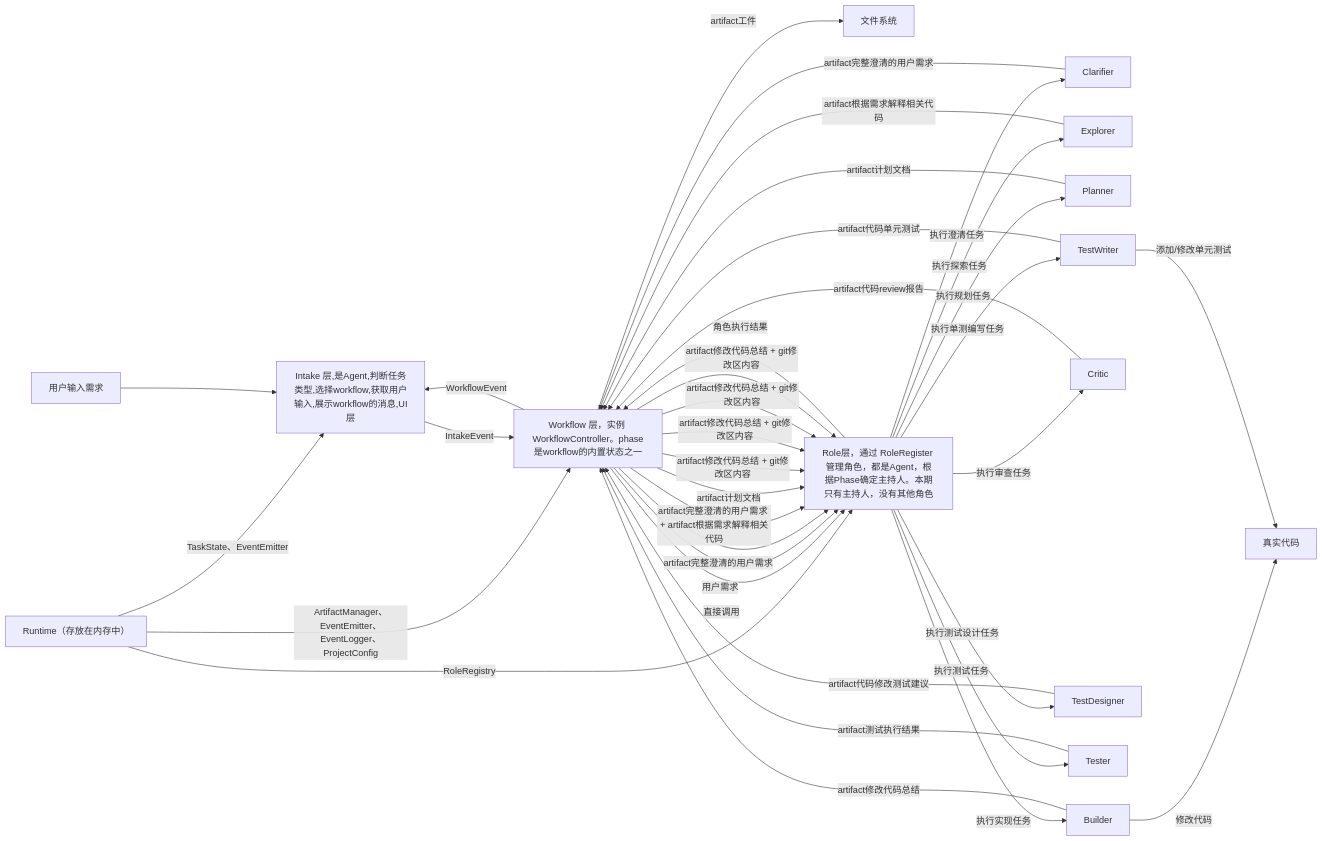
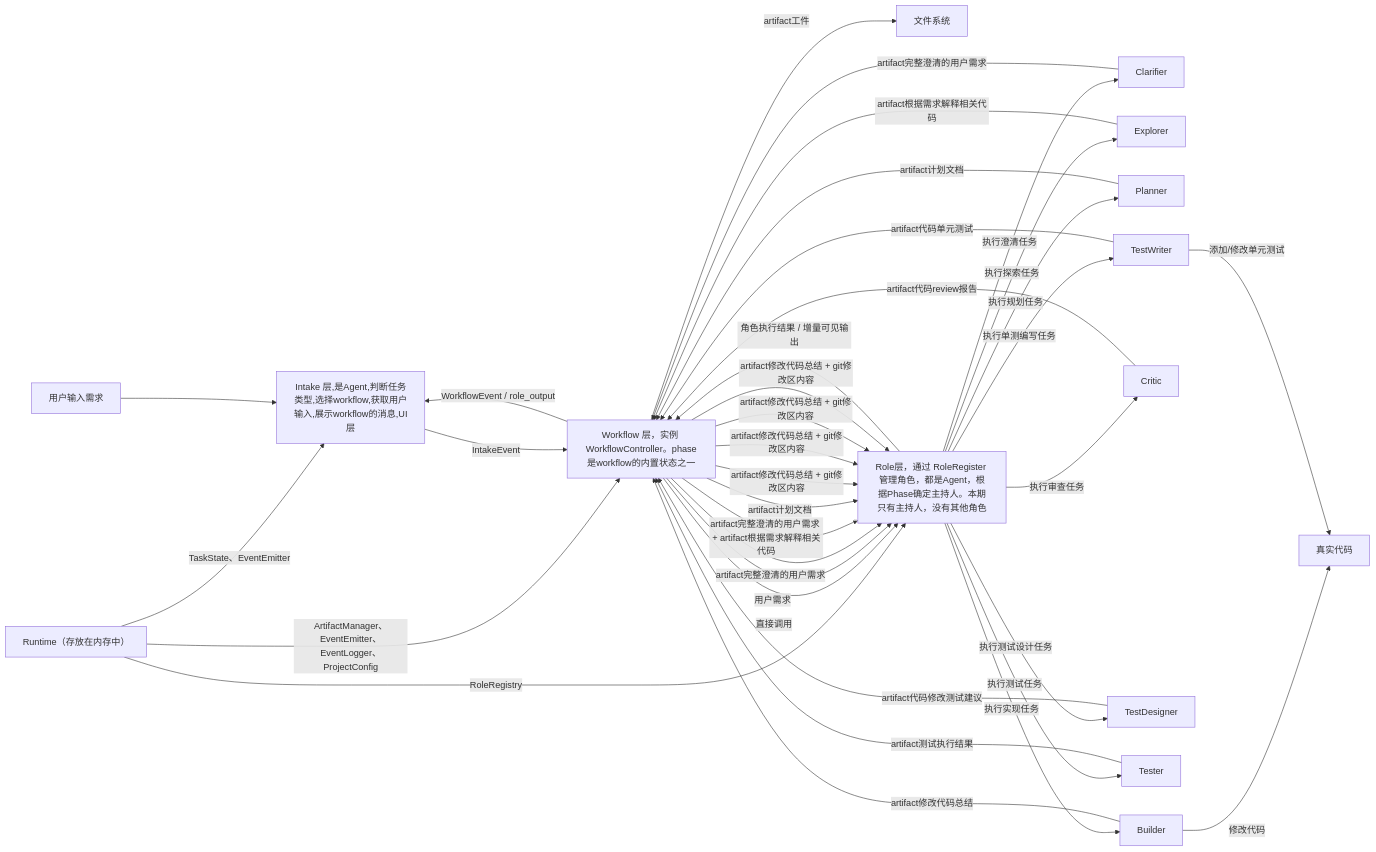
One commit to AryzingKhaos/AegisFlow changed the first of 2 diagrams in roleflow/context/project.md. Above: the diagram before and after it, drawn with Mermaid. The commit also changed other lines of this file and 4 other files, not shown here.

````diff
--- a/roleflow/context/project.md
+++ b/roleflow/context/project.md
@@ -120,57 +120,57 @@
 ```mermaid
 flowchart LR
    U[用户输入需求]
    R[Runtime（存放在内存中）]
    F[文件系统]
    CODE[真实代码]
    L1[Intake 层,是Agent,判断任务类型,选择workflow,获取用户输入,展示workflow的消息,UI层]
    L2[Workflow 层，实例 WorkflowController。phase是workflow的内置状态之一]
    L3[Role层，通过 RoleRegister 管理角色，都是Agent，根据Phase确定主持人。本期只有主持人，没有其他角色]
    Role1[Clarifier]
    Role2[Explorer]
    Role3[Planner]
    Role4[Builder]
    Role5[Critic]
    Role6[TestDesigner]
    Role7[Tester]
    Role8[TestWriter]
 
    R -->|TaskState、EventEmitter| L1
    R -->|ArtifactManager、EventEmitter、EventLogger、ProjectConfig| L2
    R -->|RoleRegistry| L3
 
    U --> L1
    L1 -->|IntakeEvent| L2
-   L2 -->|WorkflowEvent| L1
+   L2 -->|WorkflowEvent / role_output| L1
    L2 -->|直接调用| L3
 
-   L3 -->|角色执行结果| L2
+   L3 -->|角色执行结果 / 增量可见输出| L2
    L2 -->|artifact工件| F
 
    L2 -->|用户需求| L3
    L3 -->|执行澄清任务| Role1
    Role1 -->|artifact完整澄清的用户需求| L2
    L2 -->|artifact完整澄清的用户需求| L3
    L3 -->|执行探索任务| Role2
    Role2 -->|artifact根据需求解释相关代码| L2
    L2 -->|artifact完整澄清的用户需求 + artifact根据需求解释相关代码| L3
    L3 -->|执行规划任务| Role3
    Role3 -->|artifact计划文档| L2
    L2 -->|artifact计划文档| L3
    L3 -->|执行实现任务| Role4
    Role4 -->|修改代码| CODE
    Role4 -->|artifact修改代码总结| L2
    L2 -->|artifact修改代码总结 + git修改区内容| L3
    L3 -->|执行审查任务| Role5
    Role5 -->|artifact代码review报告| L2
    L2 -->|artifact修改代码总结 + git修改区内容| L3
    L3 -->|执行测试设计任务| Role6
    Role6 -->|artifact代码修改测试建议| L2
    L2 -->|artifact修改代码总结 + git修改区内容| L3
    L3 -->|执行测试任务| Role7
    Role7 -->|artifact测试执行结果| L2
    L2 -->|artifact修改代码总结 + git修改区内容| L3
    L3 -->|执行单测编写任务| Role8
    Role8 -->|添加/修改单元测试| CODE
    Role8 -->|artifact代码单元测试| L2
 ```
````
